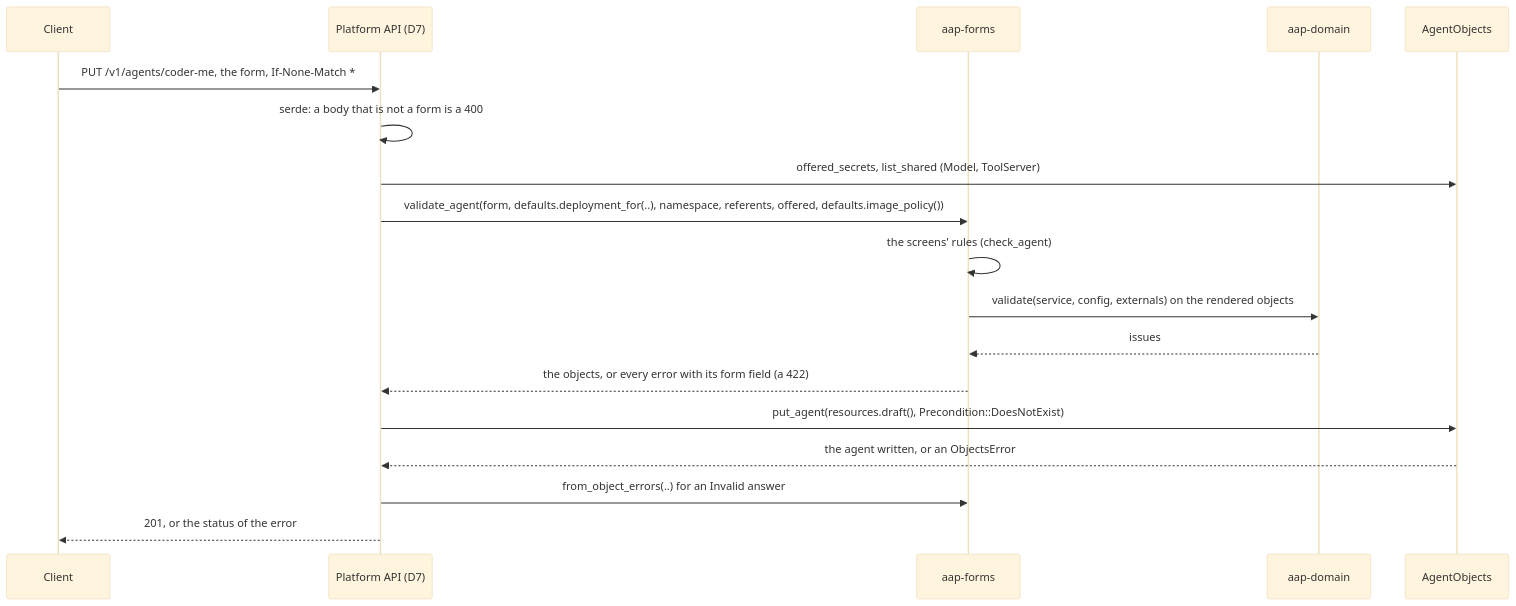
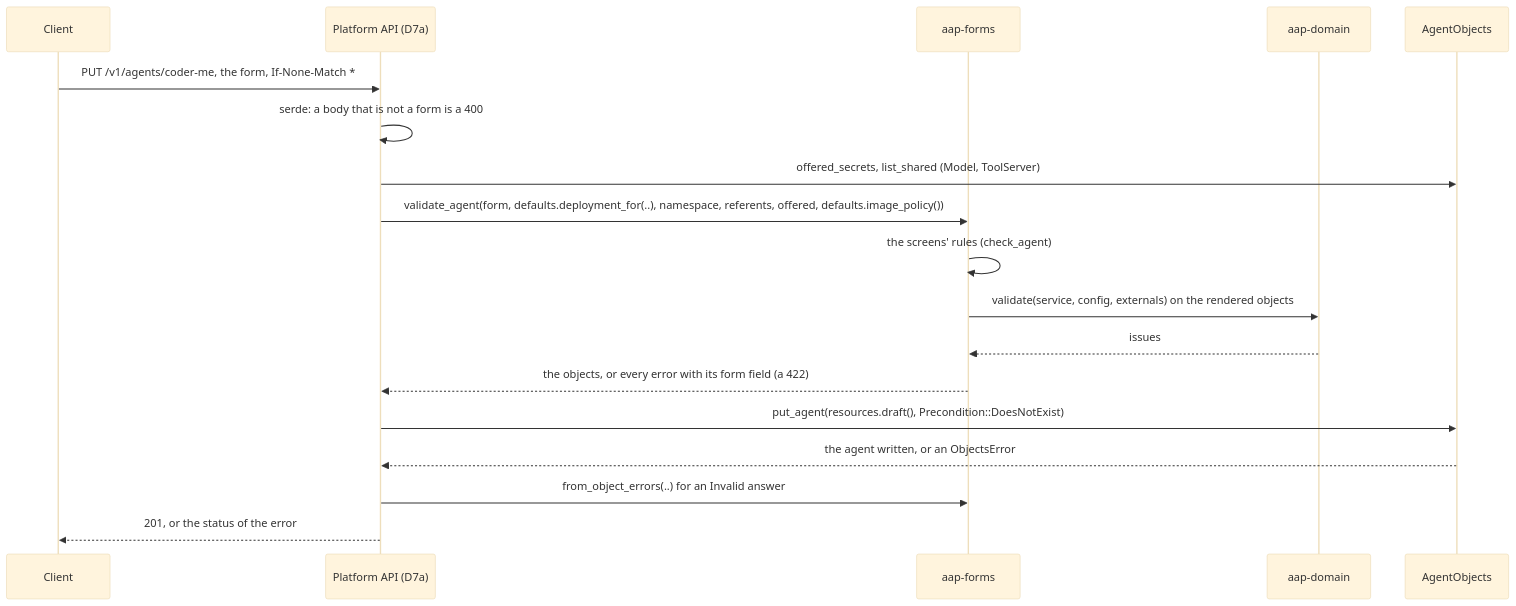
One commit to vymalo/another-agentic-platform changed the diagram in crates/forms/README.md. Above: the diagram before and after it, drawn with Mermaid (base theme). The commit also changed other lines of this file and 44 other files, not shown here.

First line of the commit message:
feat(platform-api): the Platform API router and its binary (D7a) (#27)

````diff
--- a/crates/forms/README.md
+++ b/crates/forms/README.md
@@ -11,21 +11,21 @@
 ```mermaid
 sequenceDiagram
     participant C as Client
-    participant A as Platform API (D7)
+    participant A as Platform API (D7a)
     participant F as aap-forms
     participant D as aap-domain
     participant S as AgentObjects
 
     C->>A: PUT /v1/agents/coder-me, the form, If-None-Match *
     A->>A: serde: a body that is not a form is a 400
     A->>S: offered_secrets, list_shared (Model, ToolServer)
     A->>F: validate_agent(form, defaults.deployment_for(..), namespace, referents, offered, defaults.image_policy())
     F->>F: the screens' rules (check_agent)
     F->>D: validate(service, config, externals) on the rendered objects
     D-->>F: issues
     F-->>A: the objects, or every error with its form field (a 422)
     A->>S: put_agent(resources.draft(), Precondition::DoesNotExist)
     S-->>A: the agent written, or an ObjectsError
     A->>F: from_object_errors(..) for an Invalid answer
     A-->>C: 201, or the status of the error
 ```
````
